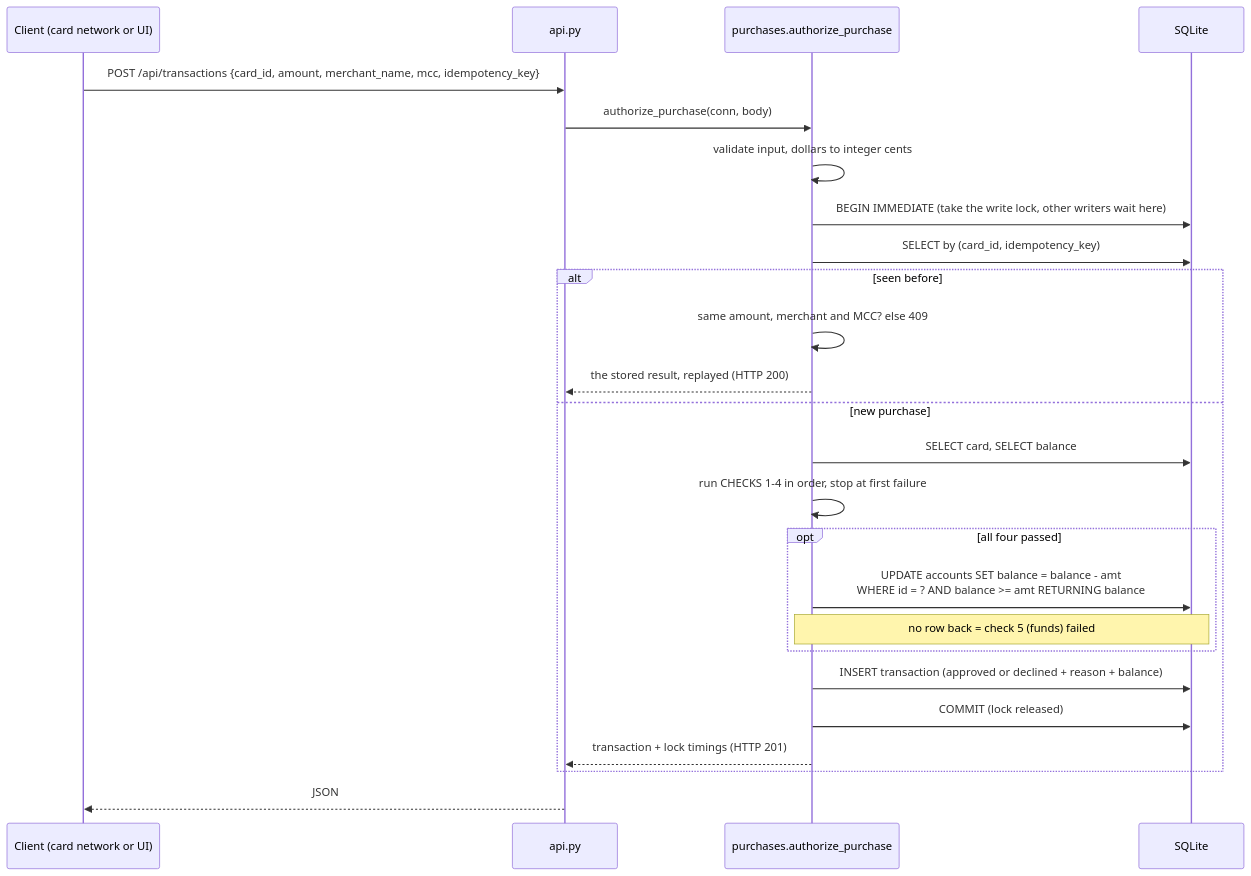
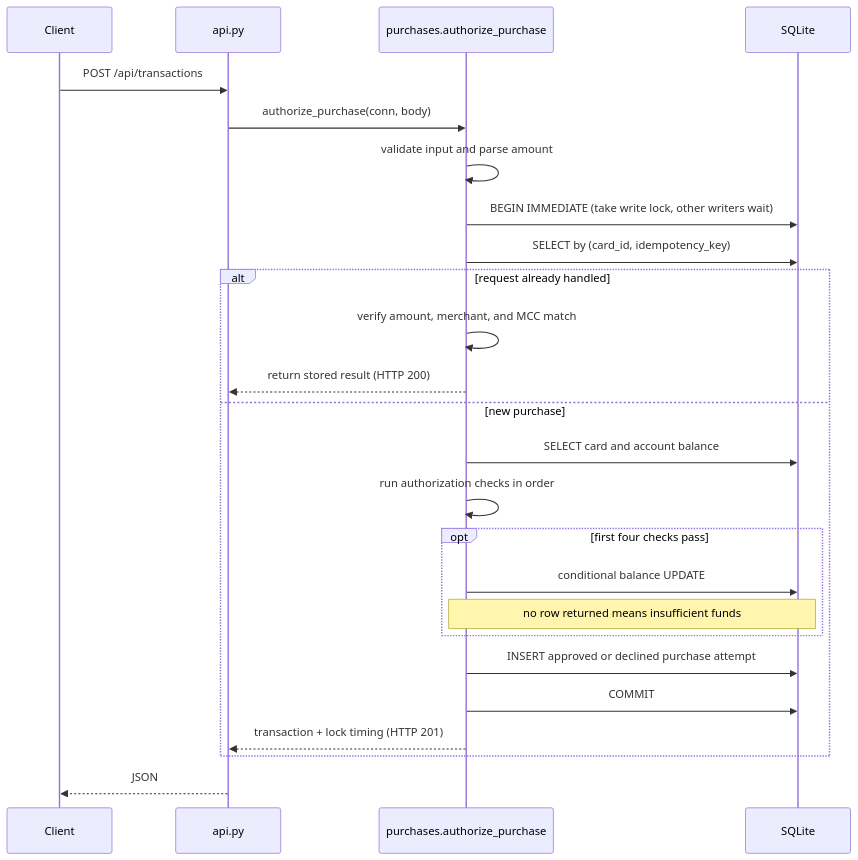
One commit to racheltcp/hsa-platform changed the second of 3 diagrams in architecture.md. Above: the diagram before and after it, drawn with Mermaid. The commit also changed other lines of this file, not shown here.

````diff
--- a/architecture.md
+++ b/architecture.md
@@ -37,27 +38,32 @@
 ```mermaid
 sequenceDiagram
-    participant C as Client (card network or UI)
+    participant C as Client
     participant A as api.py
     participant P as purchases.authorize_purchase
     participant D as SQLite
-    C->>A: POST /api/transactions {card_id, amount, merchant_name, mcc, idempotency_key}
+
+    C->>A: POST /api/transactions
     A->>P: authorize_purchase(conn, body)
-    P->>P: validate input, dollars to integer cents
-    P->>D: BEGIN IMMEDIATE (take the write lock, other writers wait here)
+    P->>P: validate input and parse amount
+    P->>D: BEGIN IMMEDIATE (take write lock, other writers wait)
     P->>D: SELECT by (card_id, idempotency_key)
-    alt seen before
-        P->>P: same amount, merchant and MCC? else 409
-        P-->>A: the stored result, replayed (HTTP 200)
+
+    alt request already handled
+        P->>P: verify amount, merchant, and MCC match
+        P-->>A: return stored result (HTTP 200)
     else new purchase
-        P->>D: SELECT card, SELECT balance
-        P->>P: run CHECKS 1-4 in order, stop at first failure
-        opt all four passed
-            P->>D: UPDATE accounts SET balance = balance - amt<br/>WHERE id = ? AND balance >= amt RETURNING balance
-            Note over P,D: no row back = check 5 (funds) failed
+        P->>D: SELECT card and account balance
+        P->>P: run authorization checks in order
+
+        opt first four checks pass
+            P->>D: conditional balance UPDATE
+            Note over P,D: no row returned means insufficient funds
         end
-        P->>D: INSERT transaction (approved or declined + reason + balance)
-        P->>D: COMMIT (lock released)
-        P-->>A: transaction + lock timings (HTTP 201)
+
+        P->>D: INSERT approved or declined purchase attempt
+        P->>D: COMMIT
+        P-->>A: transaction + lock timing (HTTP 201)
     end
+
     A-->>C: JSON
 ```
````
